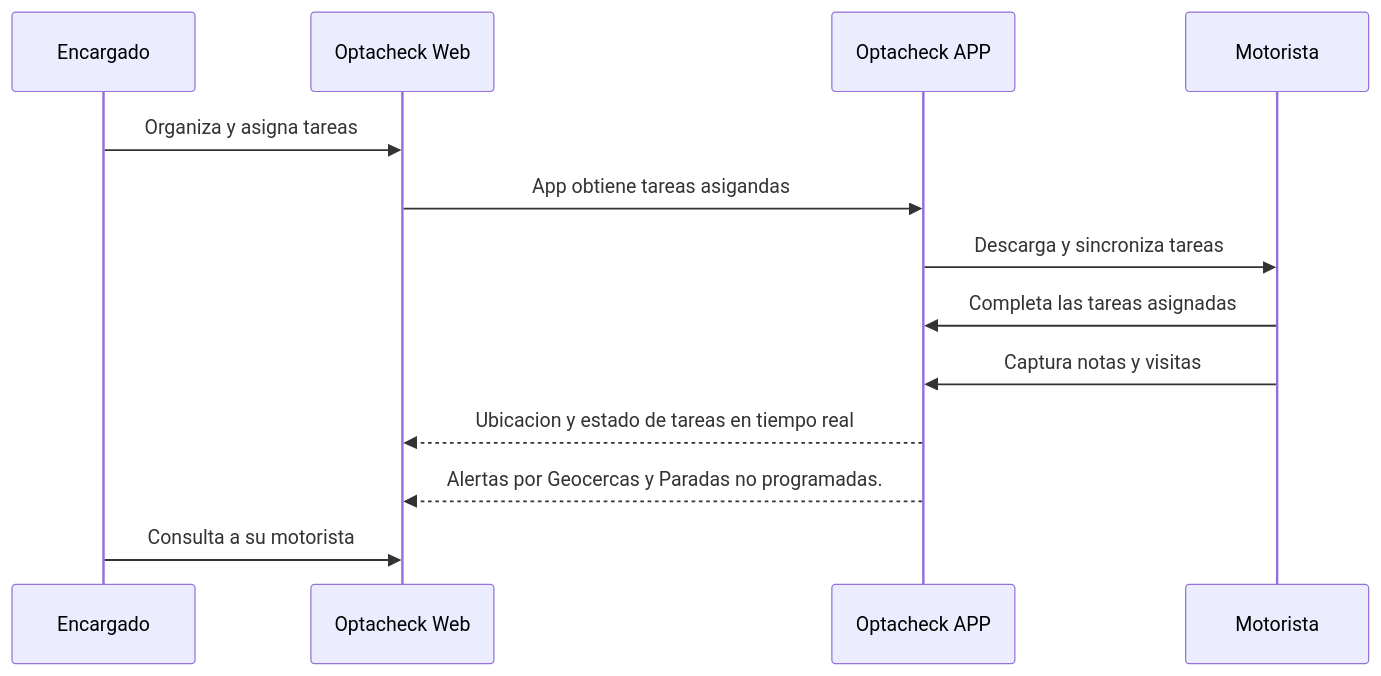
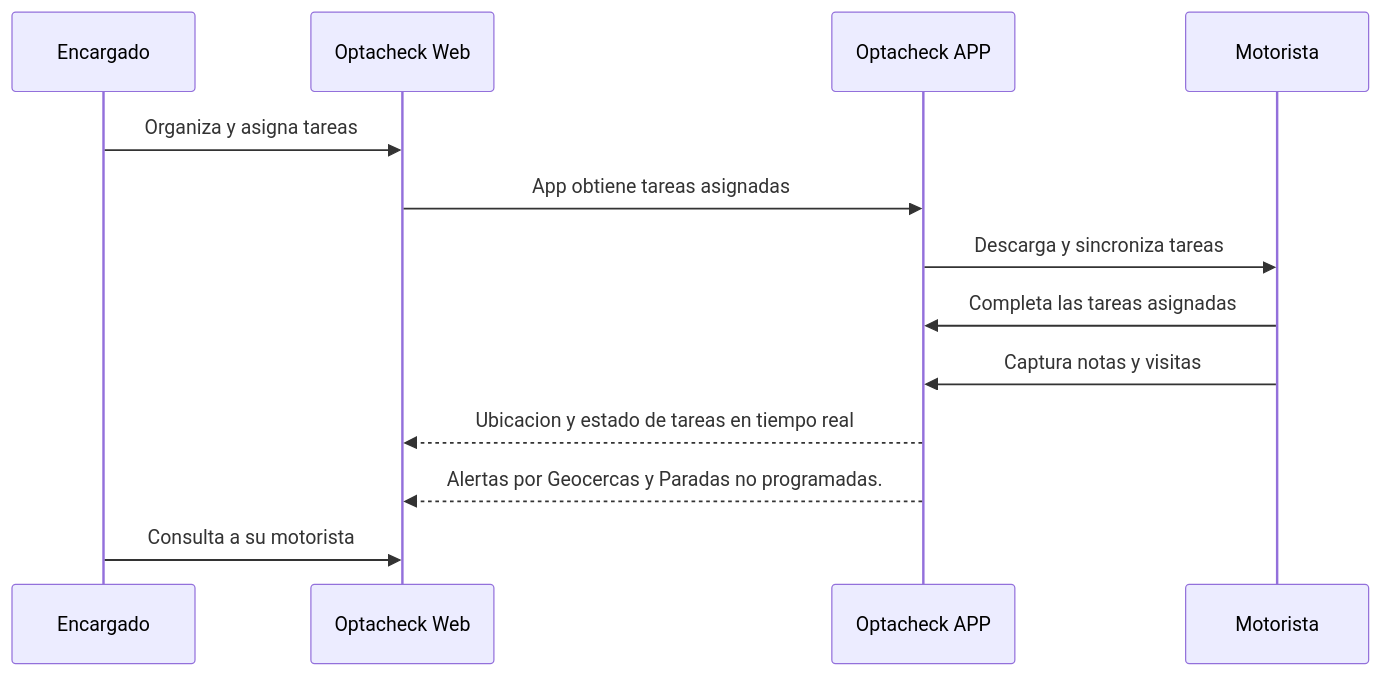
The diagram in docs-v1/tutorial-espanol/index.md (vicvicvar/hook-public-docs), drawn with Mermaid before and after one commit. The commit also changed other lines of this file, not shown here.

Commit message:
docs-v1/tutorial-espanol/index.md updated from https://stackedit.io/

````diff
--- a/docs-v1/tutorial-espanol/index.md
+++ b/docs-v1/tutorial-espanol/index.md
@@ -6,11 +6,11 @@
 ```mermaid
 sequenceDiagram
 Encargado ->> Optacheck Web: Organiza y asigna tareas
-Optacheck Web ->> Optacheck APP: App obtiene tareas asigandas
+Optacheck Web ->> Optacheck APP: App obtiene tareas asignadas
 Optacheck APP ->> Motorista: Descarga y sincroniza tareas
 Motorista ->> Optacheck APP: Completa las tareas asignadas 
 Motorista ->> Optacheck APP: Captura notas y visitas
 Optacheck APP-->>Optacheck Web: Ubicacion y estado de tareas en tiempo real
 Optacheck APP-->>Optacheck Web: Alertas por Geocercas y Paradas no programadas.
 Encargado ->> Optacheck Web: Consulta a su motorista 
 ```
````
